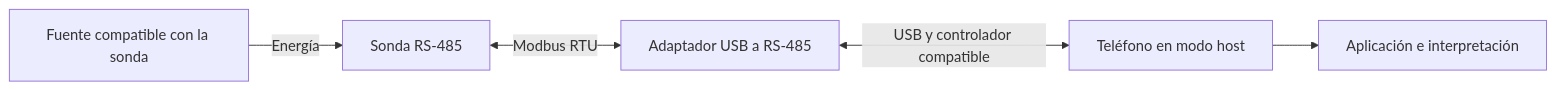
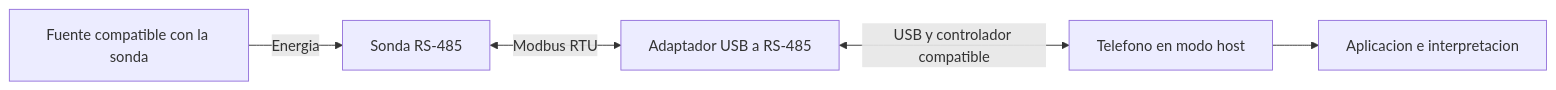
One commit to Alvarinhoooo7/TerraSence changed the second of 11 diagrams in docs/INFORME 1 .docx.md. Above: the diagram before and after it, drawn with Mermaid. The commit also changed other lines of this file and 12 other files, not shown here.

````diff
--- a/docs/INFORME 1 .docx.md
+++ b/docs/INFORME 1 .docx.md
@@ -213,7 +421,7 @@
 ```mermaid
 flowchart LR
-    A[Fuente compatible con la sonda] -->|Energía| B[Sonda RS-485]
+    A[Fuente compatible con la sonda] -->|Energia| B[Sonda RS-485]
     B <-->|Modbus RTU| C[Adaptador USB a RS-485]
-    C <-->|USB y controlador compatible| D[Teléfono en modo host]
-    D --> E[Aplicación e interpretación]
+    C <-->|USB y controlador compatible| D[Telefono en modo host]
+    D --> E[Aplicacion e interpretacion]
 ```
````
